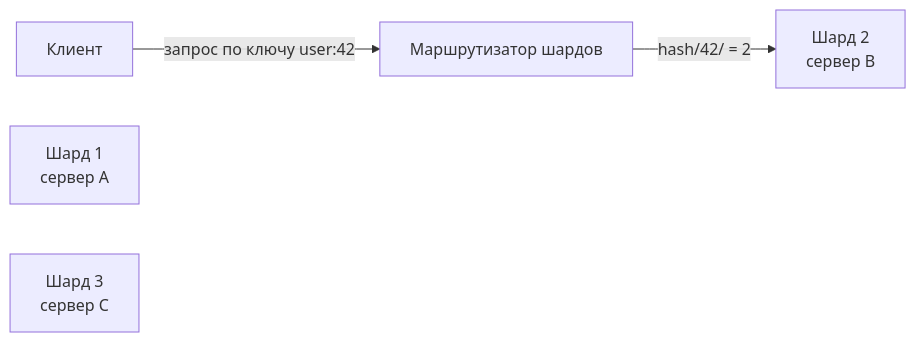
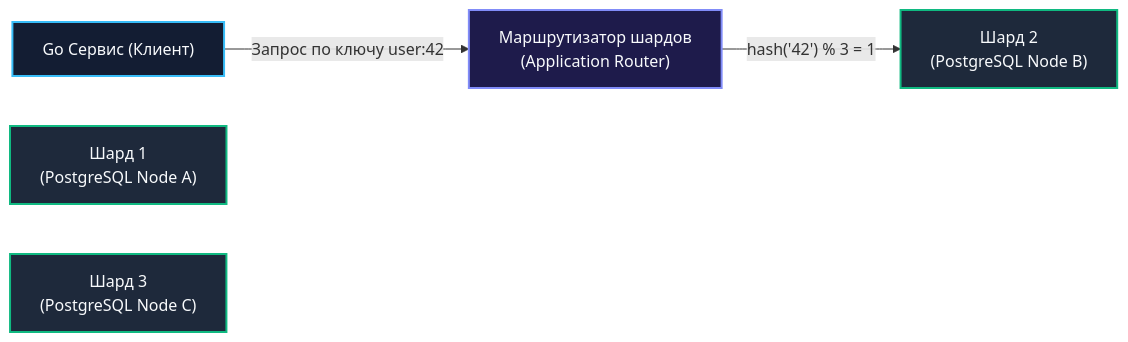
The first of 2 diagrams in sources/11. Архитектура и System Design/31. Partitioning и Sharding.md (UnrealTemplier/go-textbook), drawn with Mermaid before and after one commit. The commit also changed other lines of this file, not shown here.

````diff
--- a/sources/11. Архитектура и System Design/31. Partitioning и Sharding.md
+++ b/sources/11. Архитектура и System Design/31. Partitioning и Sharding.md
@@ -15,11 +22,18 @@
 ```mermaid
 flowchart LR
-    Client["Клиент"]
-    Router["Маршрутизатор шардов"]
-    Shard1["Шард 1<br>сервер A"]
-    Shard2["Шард 2<br>сервер B"]
-    Shard3["Шард 3<br>сервер C"]
+    Client["Go Сервис (Клиент)"]
+    Router["Маршрутизатор шардов<br>(Application Router)"]
+    Shard1["Шард 1<br>(PostgreSQL Node A)"]
+    Shard2["Шард 2<br>(PostgreSQL Node B)"]
+    Shard3["Шард 3<br>(PostgreSQL Node C)"]
 
-    Client -->|"запрос по ключу user:42"| Router
-    Router -->|"hash/42/ = 2"| Shard2
+    Client -->|"Запрос по ключу user:42"| Router
+    Router -->|"hash('42') % 3 = 1"| Shard2
+
+    classDef client fill:#131d33,stroke:#38bdf8,stroke-width:2px,color:#f8fafc;
+    classDef router fill:#1e1b4b,stroke:#818cf8,stroke-width:2px,color:#f8fafc;
+    classDef shard fill:#1e293b,stroke:#10b981,stroke-width:2px,color:#f8fafc;
+    class Client client;
+    class Router router;
+    class Shard1,Shard2,Shard3 shard;
 ```
````
